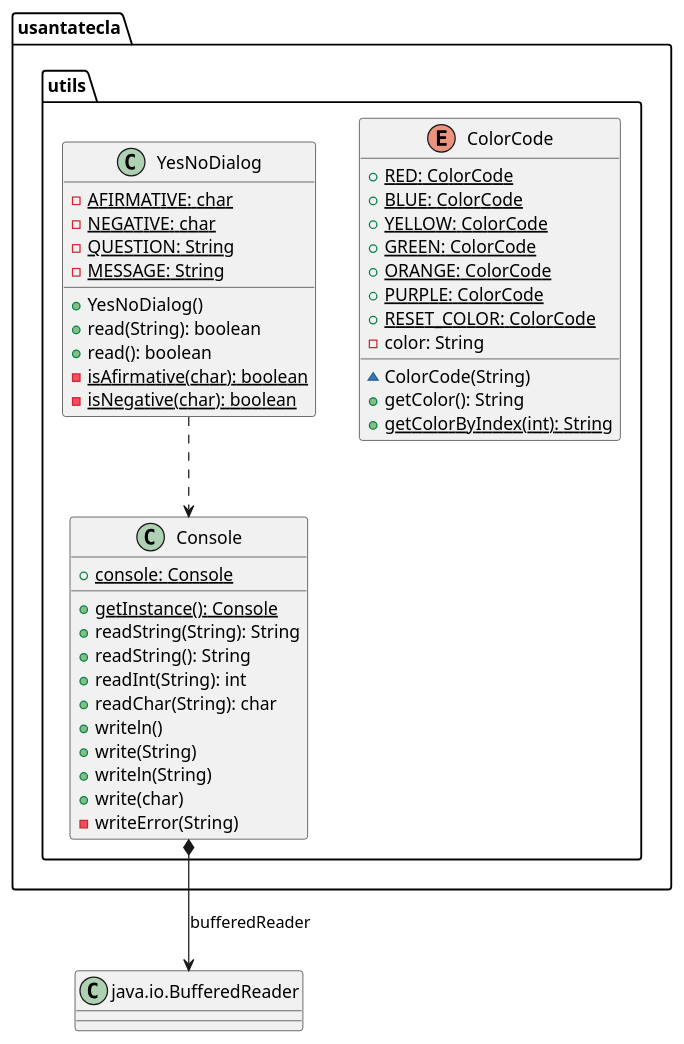
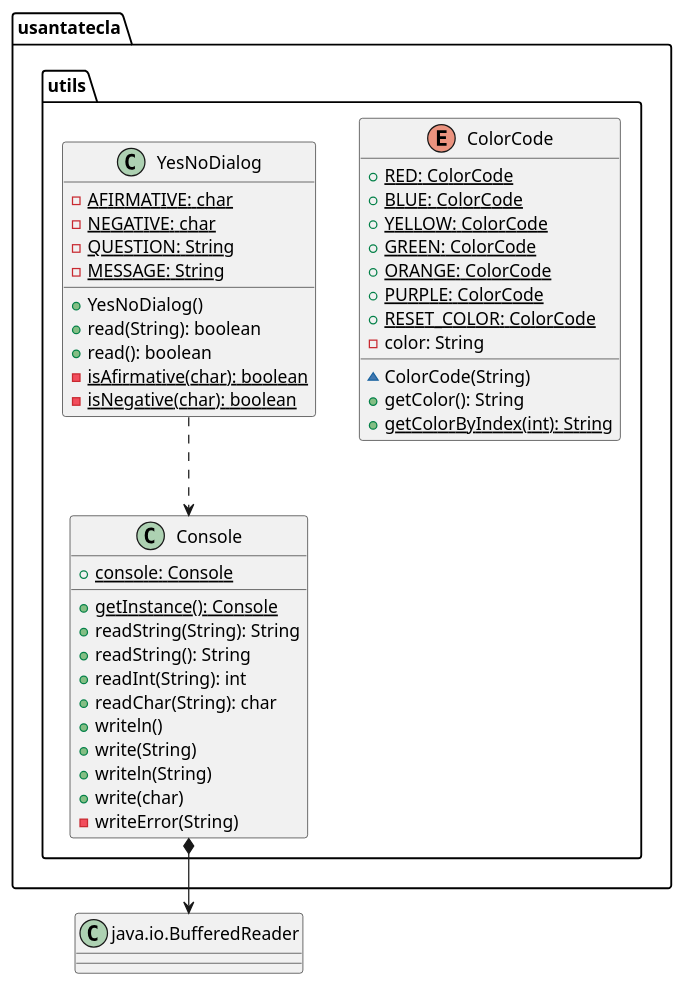
The second of 2 diagrams in domainModel/docs/diagrams/src/paquetes.plantuml (SantaTecla-mastermind/solution.java.swing.socket.sql), drawn with PlantUML before and after one commit. The commit also changed other lines of this file and 2 other files, not shown here.

Commit message:
DomainModel diagrams finished

```diff
--- a/domainModel/docs/diagrams/src/paquetes.plantuml
+++ b/domainModel/docs/diagrams/src/paquetes.plantuml
@@ -148,49 +148,49 @@
 @startuml usantatecla.utils
 
 enum  usantatecla.utils.ColorCode{
 + {static} RED: ColorCode
 + {static} BLUE: ColorCode
 + {static} YELLOW: ColorCode
 + {static} GREEN: ColorCode
 + {static} ORANGE: ColorCode
 + {static} PURPLE: ColorCode
 + {static} RESET_COLOR: ColorCode
 - color: String
 ~ ColorCode(String)
 + getColor(): String
 + {static} getColorByIndex(int): String
 }
 
 class  usantatecla.utils.Console{
 + {static} console: Console
 + {static} getInstance(): Console
 + readString(String): String
 + readString(): String
 + readInt(String): int
 + readChar(String): char
 + writeln()
 + write(String)
 + writeln(String)
 + write(char)
 - writeError(String)
 }
 
 class BufferedReader as "java.io.BufferedReader"
 
-usantatecla.utils.Console *-down-> BufferedReader : bufferedReader
+usantatecla.utils.Console *-down-> BufferedReader 
 
 
 
 class  usantatecla.utils.YesNoDialog{
 - {static} AFIRMATIVE: char
 - {static} NEGATIVE: char
 - {static} QUESTION: String
 - {static} MESSAGE: String
 + YesNoDialog()
 + read(String): boolean
 + read(): boolean
 - {static} isAfirmative(char): boolean
 - {static} isNegative(char): boolean
 }
 usantatecla.utils.YesNoDialog .down.> usantatecla.utils.Console
 @enduml
```
